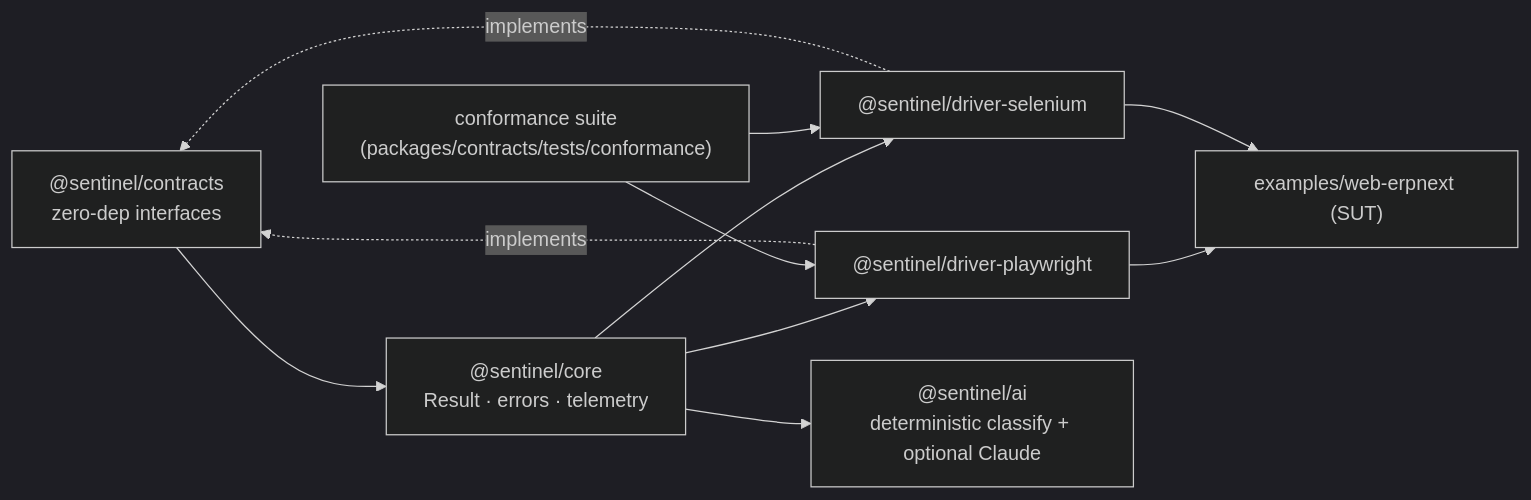
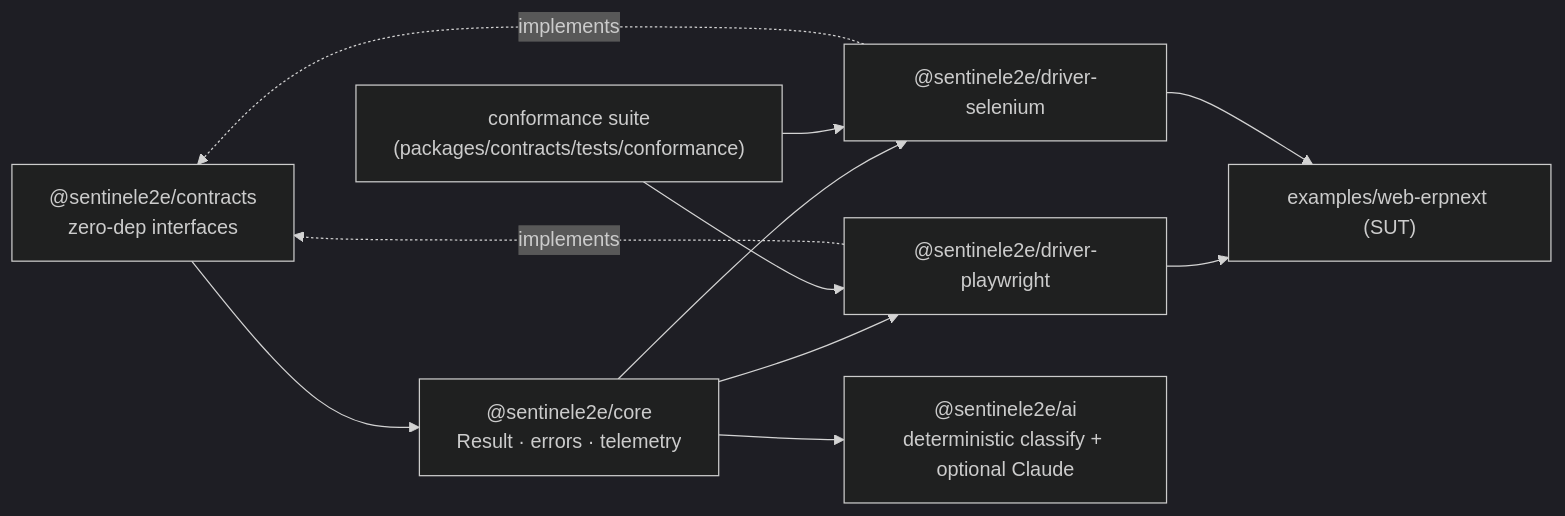
Before and after one commit to ZeeshanAmjad0495/sentinel-e2e: the diagram in README.md, drawn with Mermaid (dark theme). The commit also changed other lines of this file and 114 other files, not shown here.

Commit message:
refactor: rename npm scope @sentinel -> @sentinele2e

````diff
--- a/README.md
+++ b/README.md
@@ -13,13 +13,13 @@
 ```mermaid
 graph LR
-  contracts["@sentinel/contracts<br/>zero-dep interfaces"] --> core["@sentinel/core<br/>Result · errors · telemetry"]
-  core --> driverPw["@sentinel/driver-playwright"]
-  core --> driverSe["@sentinel/driver-selenium"]
-  core --> ai["@sentinel/ai<br/>deterministic classify + optional Claude"]
+  contracts["@sentinele2e/contracts<br/>zero-dep interfaces"] --> core["@sentinele2e/core<br/>Result · errors · telemetry"]
+  core --> driverPw["@sentinele2e/driver-playwright"]
+  core --> driverSe["@sentinele2e/driver-selenium"]
+  core --> ai["@sentinele2e/ai<br/>deterministic classify + optional Claude"]
   driverPw -. implements .-> contracts
   driverSe -. implements .-> contracts
   conformance["conformance suite<br/>(packages/contracts/tests/conformance)"] --> driverPw
   conformance --> driverSe
   driverPw --> example["examples/web-erpnext (SUT)"]
   driverSe --> example
 ```
````
